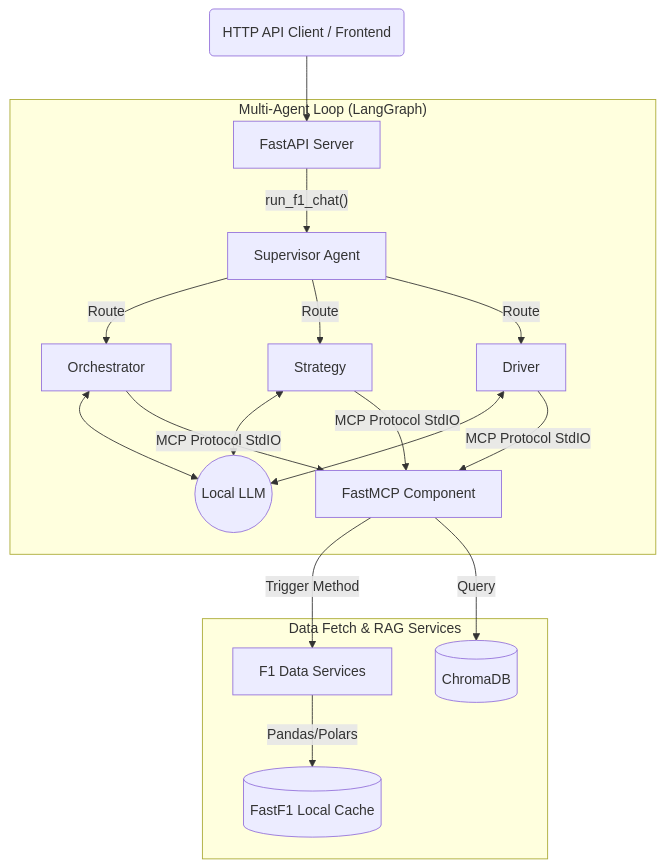
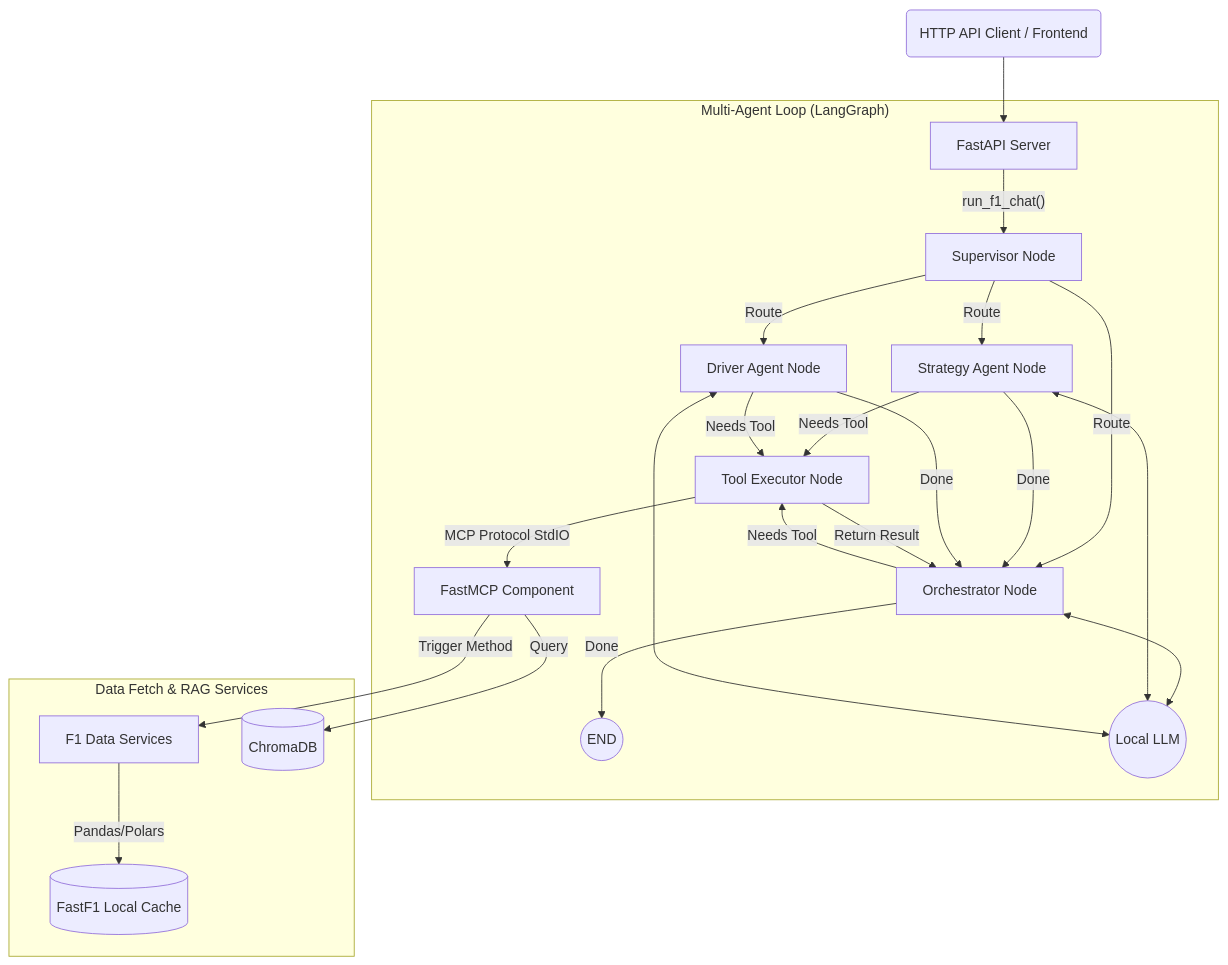
The diagram in backend/README.md (aadhgoa/f1-ai-analyst), drawn with Mermaid before and after one commit. The commit also changed 1 other file, not shown here.

Commit message:
docs: update architecture diagrams to reflect new LangGraph tool executor node logic

````diff
--- a/backend/README.md
+++ b/backend/README.md
@@ -9,25 +9,34 @@
 ```mermaid
 graph TD
     User(HTTP API Client / Frontend) --> FastAPI[FastAPI Server]
     
     subgraph "Multi-Agent Loop (LangGraph)"
-        FastAPI -->|"run_f1_chat()"| Supervisor[Supervisor Agent]
-        Supervisor -->|Route| Orchestrator
-        Supervisor -->|Route| Strategy
-        Supervisor -->|Route| Driver
+        FastAPI -->|"run_f1_chat()"| Supervisor[Supervisor Node]
+        
+        Supervisor -->|Route| Strategy[Strategy Agent Node]
+        Supervisor -->|Route| Driver[Driver Agent Node]
+        Supervisor -->|Route| Orchestrator[Orchestrator Node]
+        
+        Strategy -->|Needs Tool| ToolExecutor[Tool Executor Node]
+        Driver -->|Needs Tool| ToolExecutor
+        Orchestrator -->|Needs Tool| ToolExecutor
+        
+        Strategy -->|Done| Orchestrator
+        Driver -->|Done| Orchestrator
+        
+        ToolExecutor -->|Return Result| Orchestrator
+        Orchestrator -->|Done| END((END))
         
         Orchestrator <--> Ollama((Local LLM))
         Strategy <--> Ollama
         Driver <--> Ollama
         
-        Strategy -->|MCP Protocol StdIO| MCPServer[FastMCP Component]
-        Driver -->|MCP Protocol StdIO| MCPServer
-        Orchestrator -->|MCP Protocol StdIO| MCPServer
+        ToolExecutor -->|MCP Protocol StdIO| MCPServer[FastMCP Component]
     end
     
     subgraph "Data Fetch & RAG Services"
         MCPServer -->|Trigger Method| DataServices[F1 Data Services]
         DataServices -->|Pandas/Polars| Caching[(FastF1 Local Cache)]
         MCPServer -->|Query| VectorDB[(ChromaDB)]
     end
 ```
````
